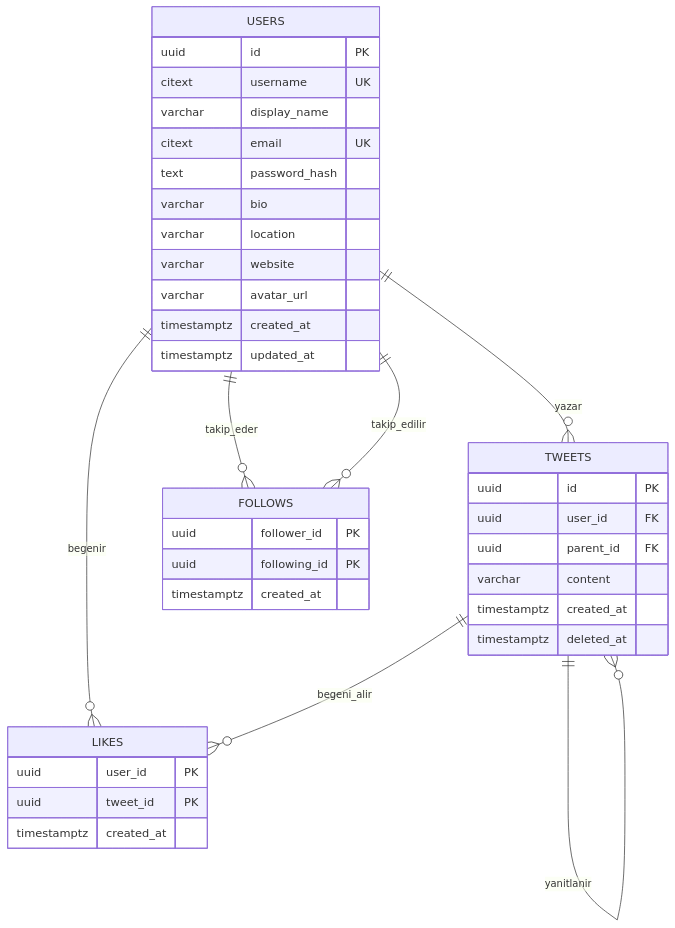
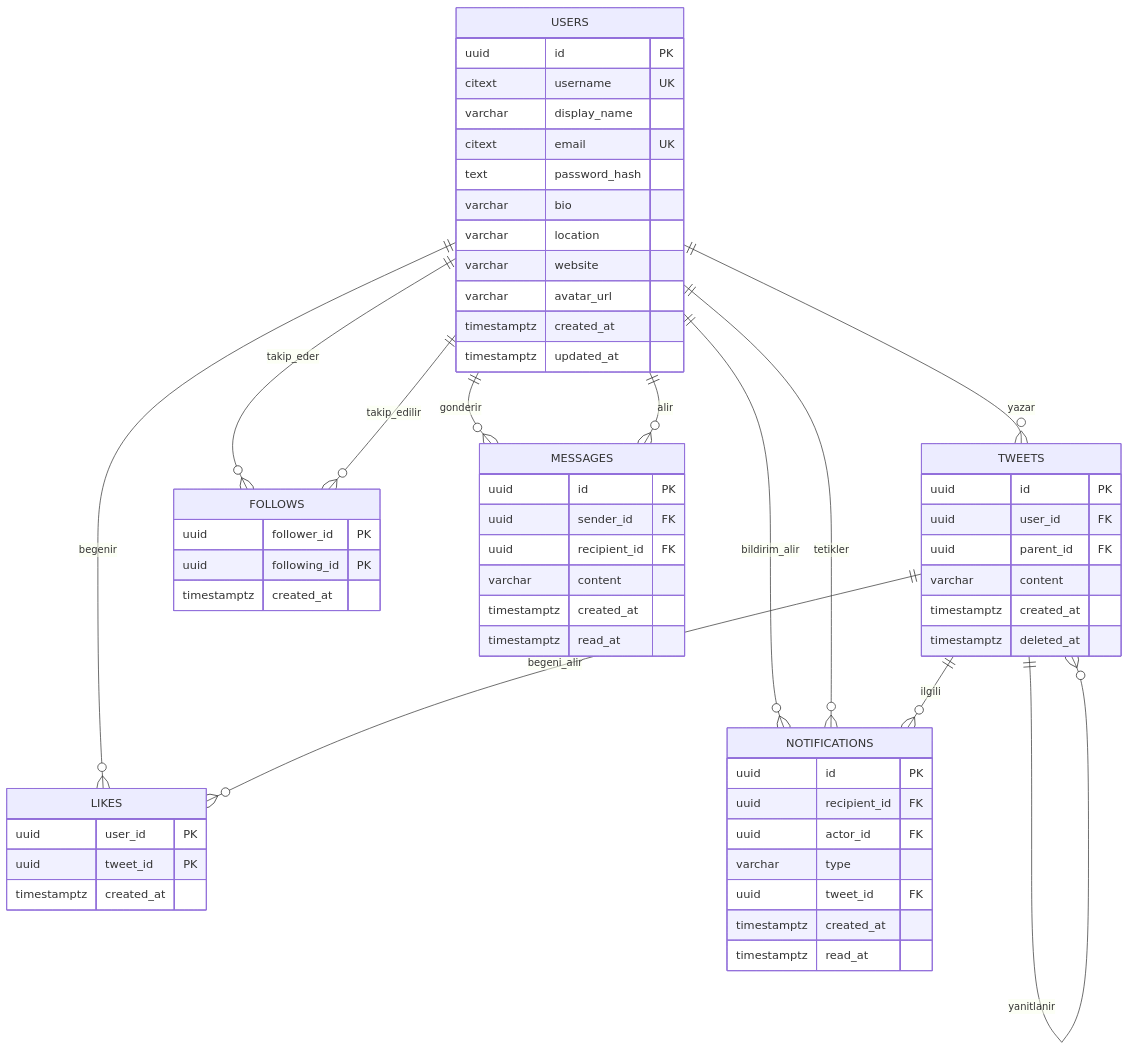
The diagram in README.md (cern61/Yapay-Zeka-Destekli-Yazilim-Gelistirme), drawn with Mermaid before and after one commit. The commit also changed other lines of this file and 5 other files, not shown here.

````diff
--- a/README.md
+++ b/README.md
@@ -102,41 +102,63 @@
 ```mermaid
 erDiagram
     USERS ||--o{ TWEETS : yazar
     USERS ||--o{ LIKES : begenir
     TWEETS ||--o{ LIKES : begeni_alir
     USERS ||--o{ FOLLOWS : takip_eder
     USERS ||--o{ FOLLOWS : takip_edilir
     TWEETS ||--o{ TWEETS : yanitlanir
+    USERS ||--o{ MESSAGES : gonderir
+    USERS ||--o{ MESSAGES : alir
+    USERS ||--o{ NOTIFICATIONS : bildirim_alir
+    USERS ||--o{ NOTIFICATIONS : tetikler
+    TWEETS ||--o{ NOTIFICATIONS : ilgili
 
     USERS {
         uuid id PK
         citext username UK
         varchar display_name
         citext email UK
         text password_hash
         varchar bio
         varchar location
         varchar website
         varchar avatar_url
         timestamptz created_at
         timestamptz updated_at
     }
     TWEETS {
         uuid id PK
         uuid user_id FK
         uuid parent_id FK
         varchar content
         timestamptz created_at
         timestamptz deleted_at
     }
     LIKES {
         uuid user_id PK
         uuid tweet_id PK
         timestamptz created_at
     }
     FOLLOWS {
         uuid follower_id PK
         uuid following_id PK
         timestamptz created_at
     }
+    MESSAGES {
+        uuid id PK
+        uuid sender_id FK
+        uuid recipient_id FK
+        varchar content
+        timestamptz created_at
+        timestamptz read_at
+    }
+    NOTIFICATIONS {
+        uuid id PK
+        uuid recipient_id FK
+        uuid actor_id FK
+        varchar type
+        uuid tweet_id FK
+        timestamptz created_at
+        timestamptz read_at
+    }
 ```
````
